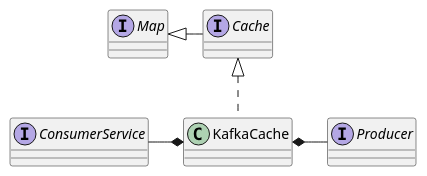
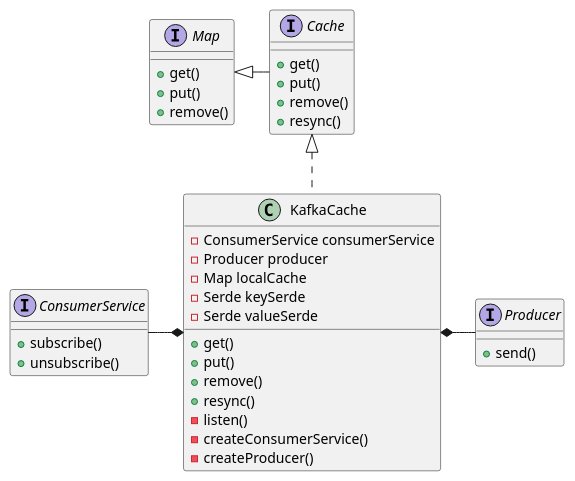
One commit to Rubik0000/kafka-framework-demo changed the diagram in diagrams/classes/cacheDiagram.puml. Above: the diagram before and after it, drawn with PlantUML. The commit also changed 5 other files, not shown here.

Commit message:
update class diagrams with fields and methods

```diff
--- a/diagrams/classes/cacheDiagram.puml
+++ b/diagrams/classes/cacheDiagram.puml
@@ -1,18 +1,48 @@
 @startuml
 
 skinparam shadowing false
 
-interface Map
-interface Cache
+interface Map {
+    +get()
+    +put()
+    +remove()
+}
+interface Cache {
+    +get()
+    +put()
+    +remove()
+    +resync()
+}
 
-interface ConsumerService
-interface Producer
+interface ConsumerService {
+    +subscribe()
+    +unsubscribe()
+}
+
+interface Producer {
+    +send()
+}
+
+class KafkaCache {
+    -ConsumerService consumerService
+    -Producer producer
+    -Map localCache
+    -Serde keySerde
+    -Serde valueSerde
+    +get()
+    +put()
+    +remove()
+    +resync()
+    -listen()
+    -createConsumerService()
+    -createProducer()
+}
+
 
 Map <|--right- Cache
 Cache <|.. KafkaCache
-
 
 KafkaCache *--left- ConsumerService
 KafkaCache *--right- Producer
 
 @enduml
```
